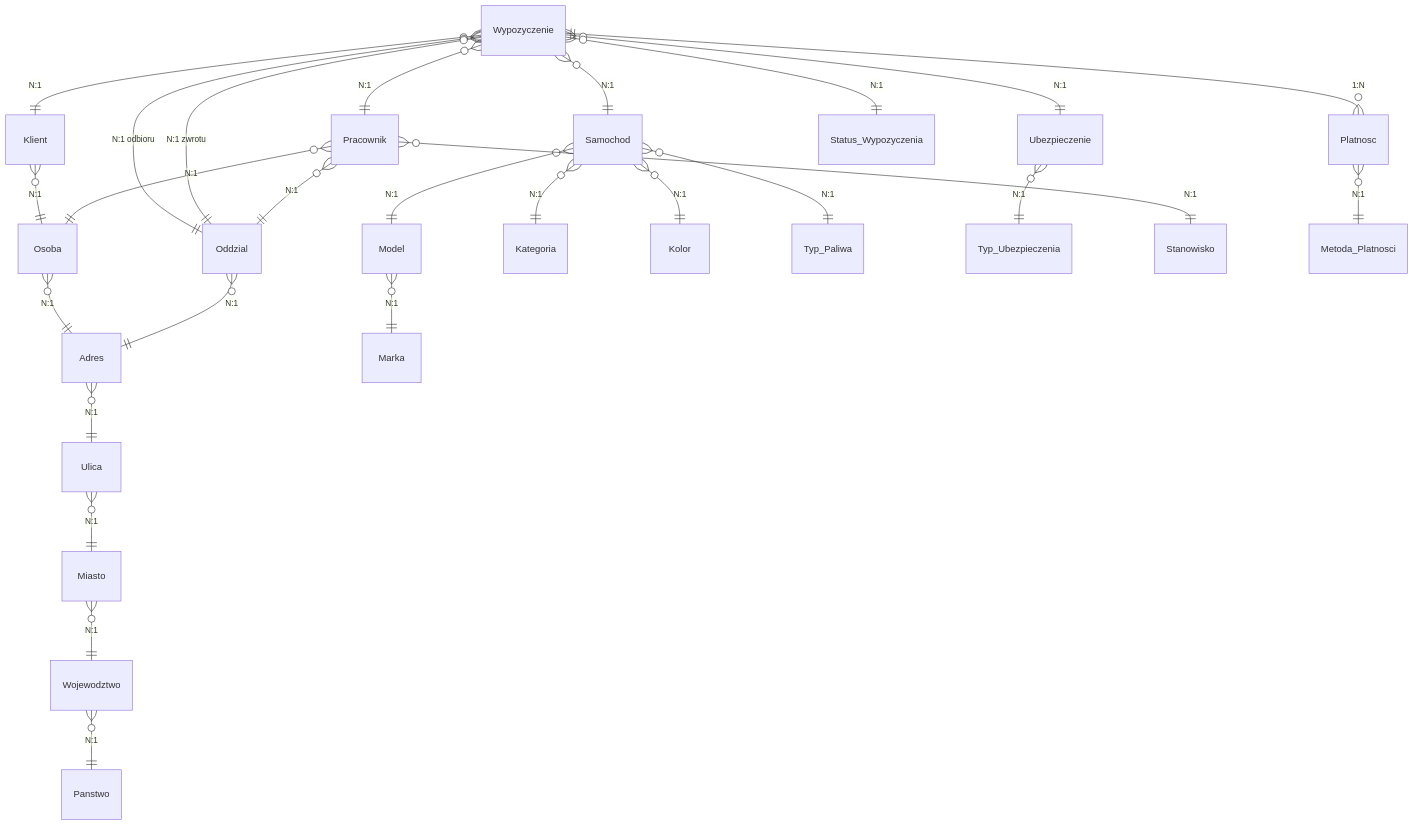
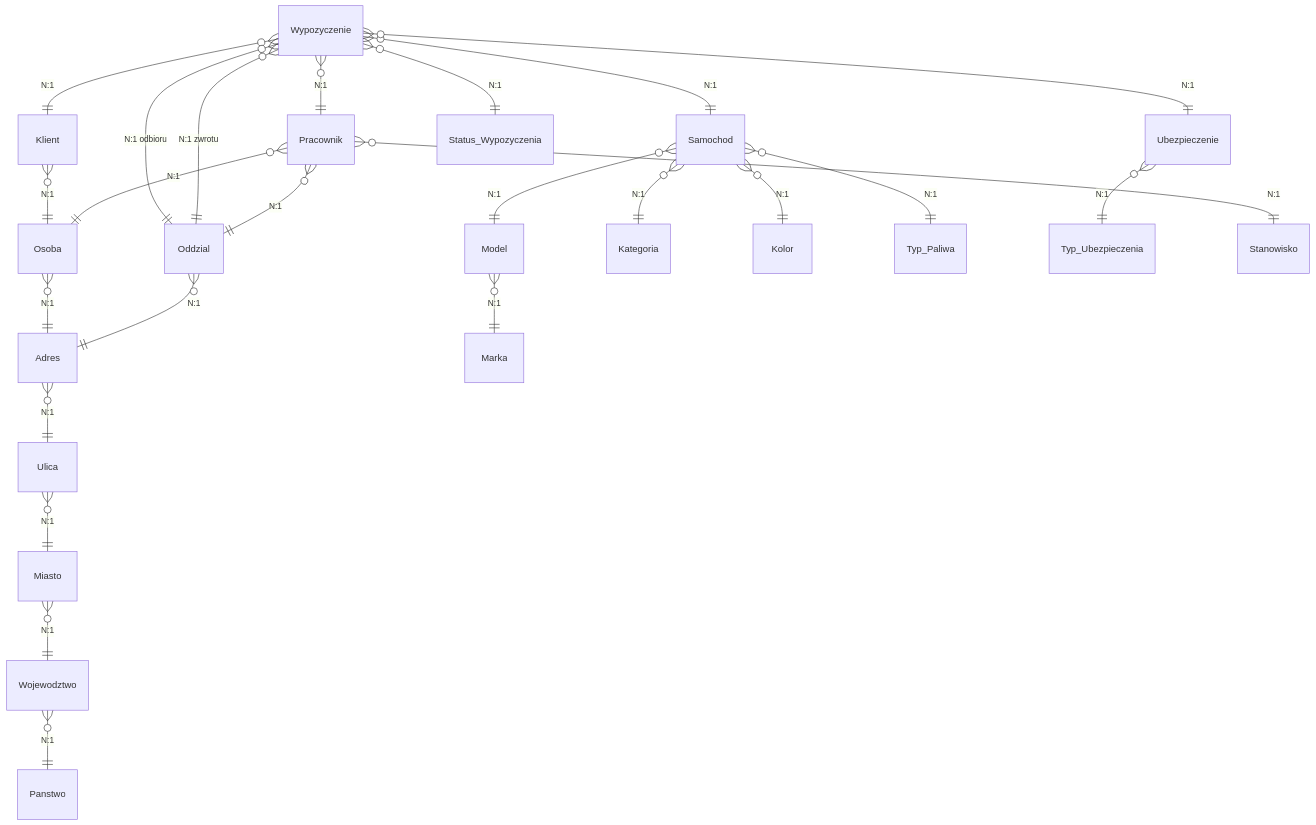
One commit to kacperkaluza/ZTB changed the diagram in projekt_bazy_wypozyczalnia.md. Above: the diagram before and after it, drawn with Mermaid. The commit also changed other lines of this file and 7 other files, not shown here.

Commit message:
refactor: remove Platnosc and Metoda_Platnosci tables.

````diff
--- a/projekt_bazy_wypozyczalnia.md
+++ b/projekt_bazy_wypozyczalnia.md
@@ -12,33 +12,31 @@
 ```mermaid
 erDiagram
-    Wypozyczenie ||--o{ Platnosc : "1:N"
     Wypozyczenie }o--|| Klient : "N:1"
     Wypozyczenie }o--|| Pracownik : "N:1"
     Wypozyczenie }o--|| Samochod : "N:1"
     Wypozyczenie }o--|| Ubezpieczenie : "N:1"
     Wypozyczenie }o--|| Status_Wypozyczenia : "N:1"
     Wypozyczenie }o--|| Oddzial : "N:1 odbioru"
     Wypozyczenie }o--|| Oddzial : "N:1 zwrotu"
 
     Klient }o--|| Osoba : "N:1"
     Pracownik }o--|| Osoba : "N:1"
     Osoba }o--|| Adres : "N:1"
     Adres }o--|| Ulica : "N:1"
     Ulica }o--|| Miasto : "N:1"
     Miasto }o--|| Wojewodztwo : "N:1"
     Wojewodztwo }o--|| Panstwo : "N:1"
 
     Samochod }o--|| Model : "N:1"
     Model }o--|| Marka : "N:1"
     Samochod }o--|| Kategoria : "N:1"
     Samochod }o--|| Kolor : "N:1"
     Samochod }o--|| Typ_Paliwa : "N:1"
 
     Ubezpieczenie }o--|| Typ_Ubezpieczenia : "N:1"
 
     Pracownik }o--|| Stanowisko : "N:1"
     Pracownik }o--|| Oddzial : "N:1"
     Oddzial }o--|| Adres : "N:1"
 
-    Platnosc }o--|| Metoda_Platnosci : "N:1"
 ```
````
